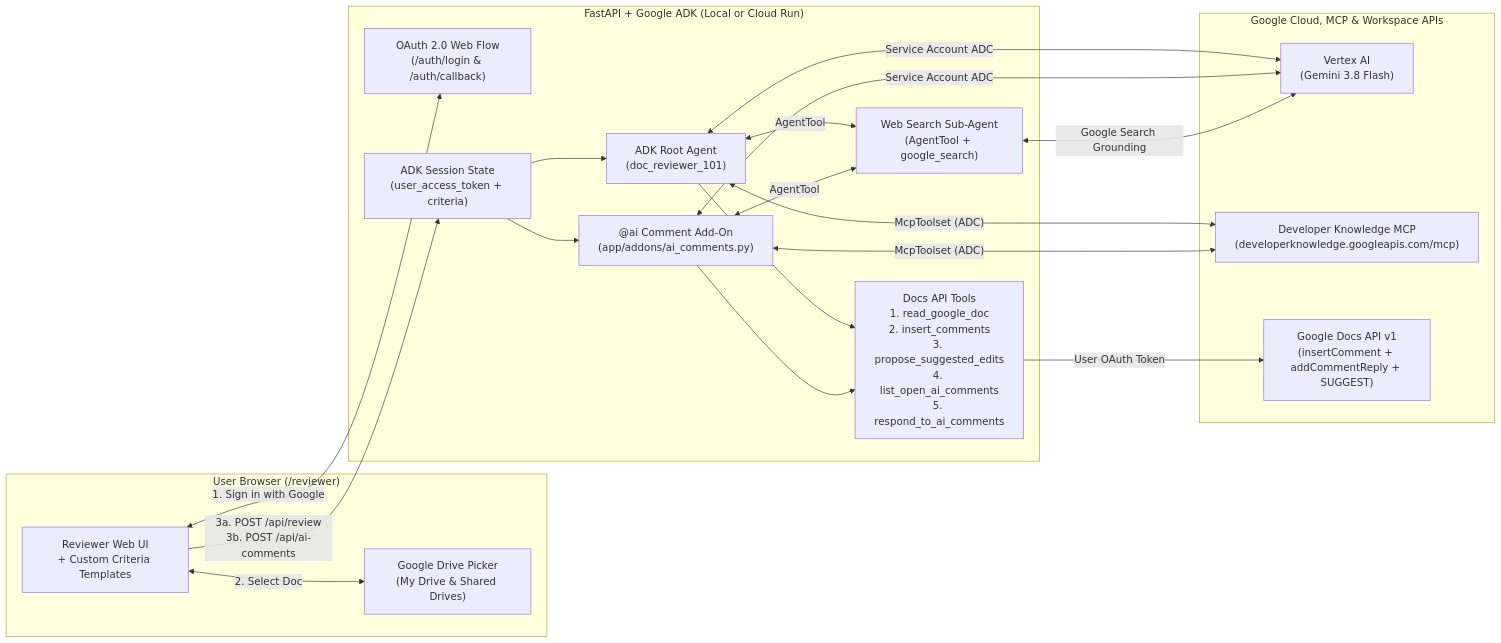
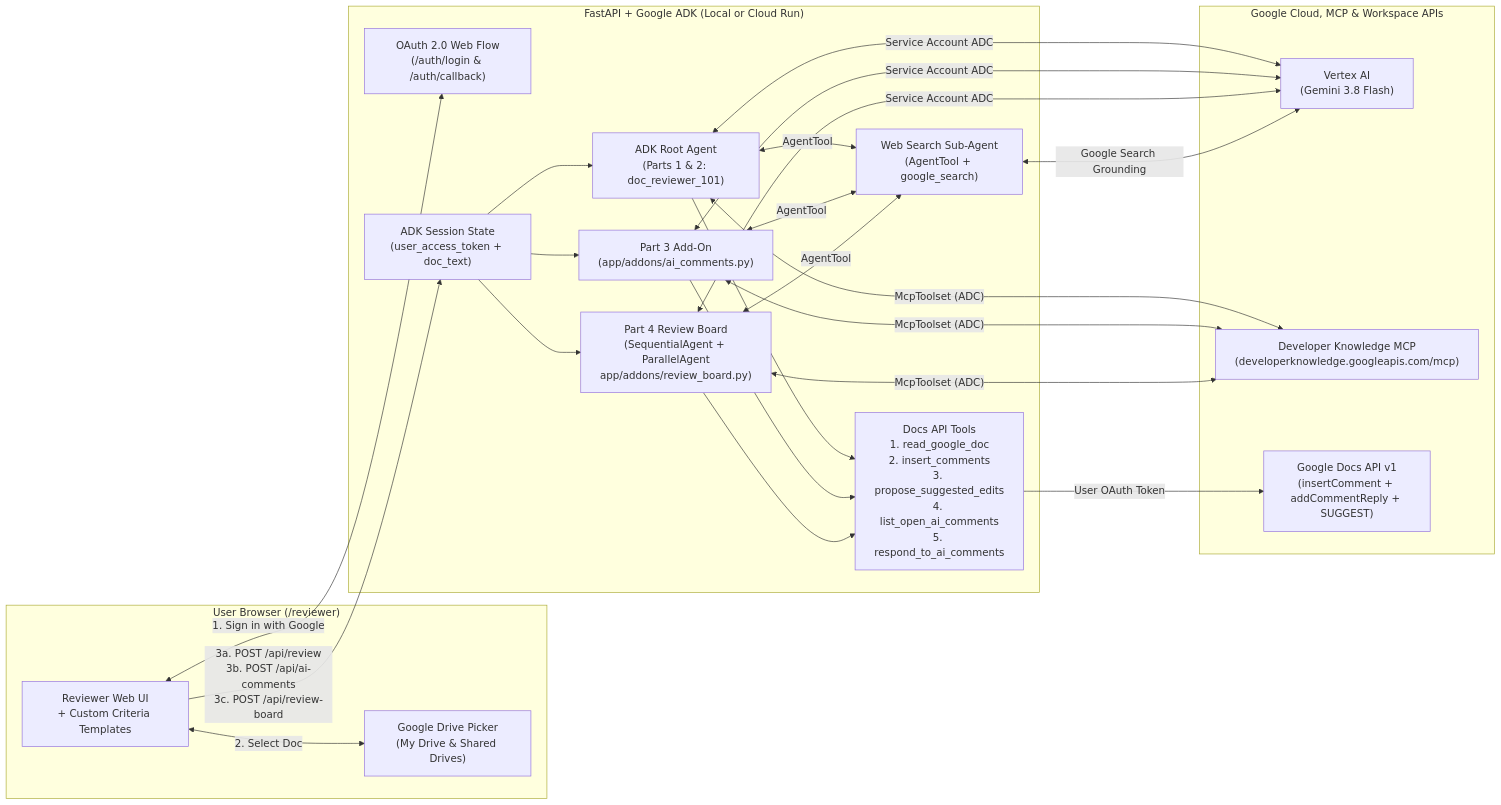
Before and after one commit to rominirani/doc-reviewer-101: the diagram in README.md, drawn with Mermaid. The commit also changed other lines of this file and 2 other files, not shown here.

Commit message:
Add Part 4 Multi-Persona Virtual Review Board add-on (SequentialAgent + ParallelAgent)

````diff
--- a/README.md
+++ b/README.md
@@ -21,38 +22,44 @@
 ```mermaid
 flowchart LR
     subgraph Browser["User Browser (/reviewer)"]
         UI["Reviewer Web UI\n+ Custom Criteria Templates"]
         Picker["Google Drive Picker\n(My Drive & Shared Drives)"]
     end
 
     subgraph CloudRun["FastAPI + Google ADK (Local or Cloud Run)"]
         Auth["OAuth 2.0 Web Flow\n(/auth/login & /auth/callback)"]
-        State["ADK Session State\n(user_access_token + criteria)"]
-        Agent["ADK Root Agent\n(doc_reviewer_101)"]
-        CommentAgent["@ai Comment Add-On\n(app/addons/ai_comments.py)"]
+        State["ADK Session State\n(user_access_token + doc_text)"]
+        Agent["ADK Root Agent\n(Parts 1 & 2: doc_reviewer_101)"]
+        CommentAgent["Part 3 Add-On\n(app/addons/ai_comments.py)"]
+        ReviewBoard["Part 4 Review Board\n(SequentialAgent + ParallelAgent\napp/addons/review_board.py)"]
         SearchAgent["Web Search Sub-Agent\n(AgentTool + google_search)"]
         Tools["Docs API Tools\n1. read_google_doc\n2. insert_comments\n3. propose_suggested_edits\n4. list_open_ai_comments\n5. respond_to_ai_comments"]
     end
 
     subgraph GCP["Google Cloud, MCP & Workspace APIs"]
         Vertex["Vertex AI\n(Gemini 3.8 Flash)"]
         DevKnow["Developer Knowledge MCP\n(developerknowledge.googleapis.com/mcp)"]
         DocsAPI["Google Docs API v1\n(insertComment + addCommentReply + SUGGEST)"]
     end
 
     UI <-->|"1. Sign in with Google"| Auth
     UI <-->|"2. Select Doc"| Picker
-    UI -->|"3a. POST /api/review\n3b. POST /api/ai-comments"| State
+    UI -->|"3a. POST /api/review\n3b. POST /api/ai-comments\n3c. POST /api/review-board"| State
     State --> Agent
     State --> CommentAgent
+    State --> ReviewBoard
     Agent <-->|"Service Account ADC"| Vertex
     CommentAgent <-->|"Service Account ADC"| Vertex
+    ReviewBoard <-->|"Service Account ADC"| Vertex
     Agent <-->|"McpToolset (ADC)"| DevKnow
     CommentAgent <-->|"McpToolset (ADC)"| DevKnow
+    ReviewBoard <-->|"McpToolset (ADC)"| DevKnow
     Agent <-->|"AgentTool"| SearchAgent
     CommentAgent <-->|"AgentTool"| SearchAgent
+    ReviewBoard <-->|"AgentTool"| SearchAgent
     SearchAgent <-->|"Google Search Grounding"| Vertex
     Agent --> Tools
     CommentAgent --> Tools
+    ReviewBoard --> Tools
     Tools -->|"User OAuth Token"| DocsAPI
 ```
````
